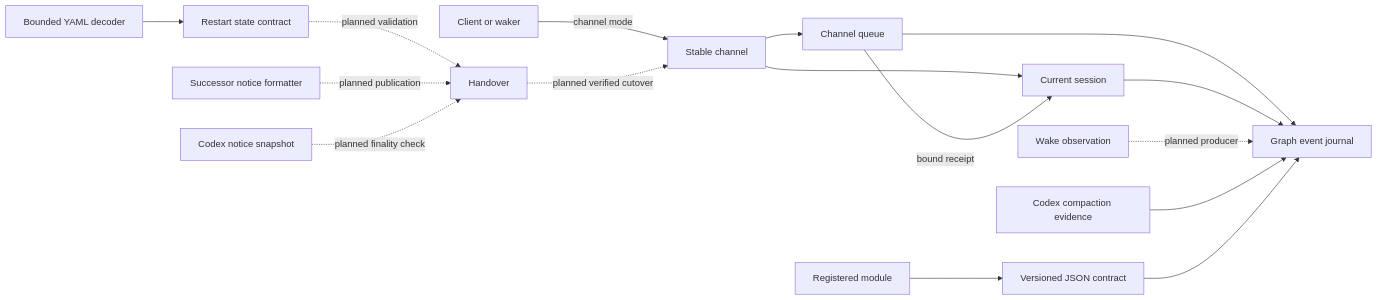
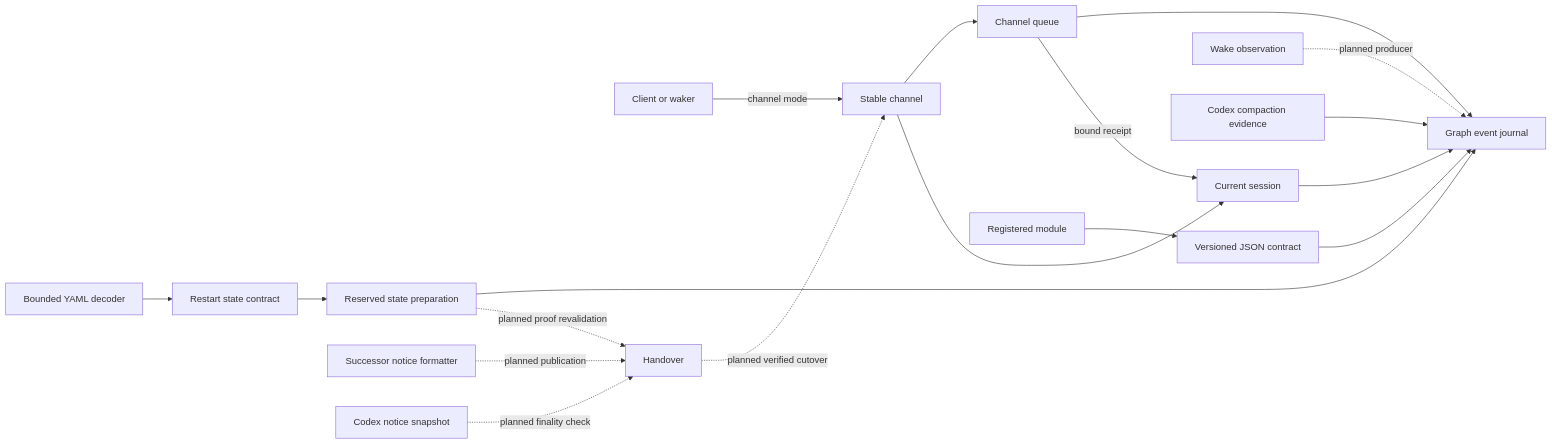
The diagram in docs/design/plexus-architecture.mmd (NestDevLab/agent-mesh), drawn with Mermaid before and after one commit. The commit also changed 10 other files, not shown here.

```diff
--- a/docs/design/plexus-architecture.mmd
+++ b/docs/design/plexus-architecture.mmd
@@ -1,16 +1,18 @@
 flowchart LR
   Client["Client or waker"] -- "channel mode" --> Channel["Stable channel"]
   Channel --> Queue["Channel queue"]
   Channel --> Session["Current session"]
   Queue --> Journal["Graph event journal"]
   Session --> Journal
   Wake["Wake observation"] -. "planned producer" .-> Journal
   Compaction["Codex compaction evidence"] --> Journal
   Module["Registered module"] --> Contract["Versioned JSON contract"]
   Contract --> Journal
   Queue -- "bound receipt" --> Session
   Yaml["Bounded YAML decoder"] --> Restart
-  Restart["Restart state contract"] -. "planned validation" .-> Handover
+  Restart["Restart state contract"] --> StatePrep["Reserved state preparation"]
+  StatePrep --> Journal
+  StatePrep -. "planned proof revalidation" .-> Handover
   Notice["Successor notice formatter"] -. "planned publication" .-> Handover
   Observation["Codex notice snapshot"] -. "planned finality check" .-> Handover
   Handover["Handover"] -. "planned verified cutover" .-> Channel
```
